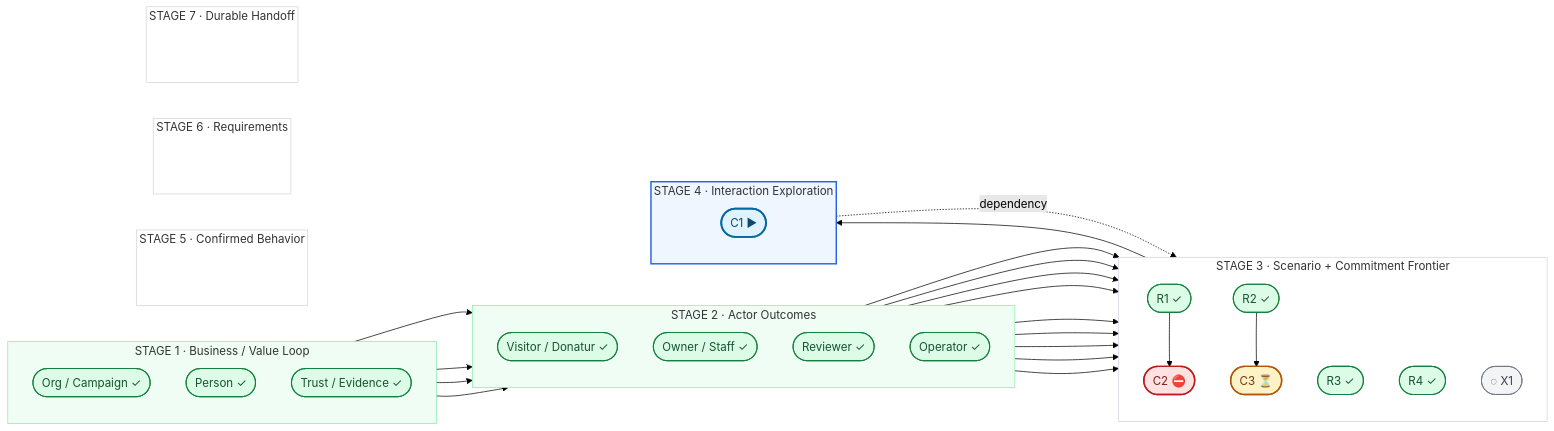
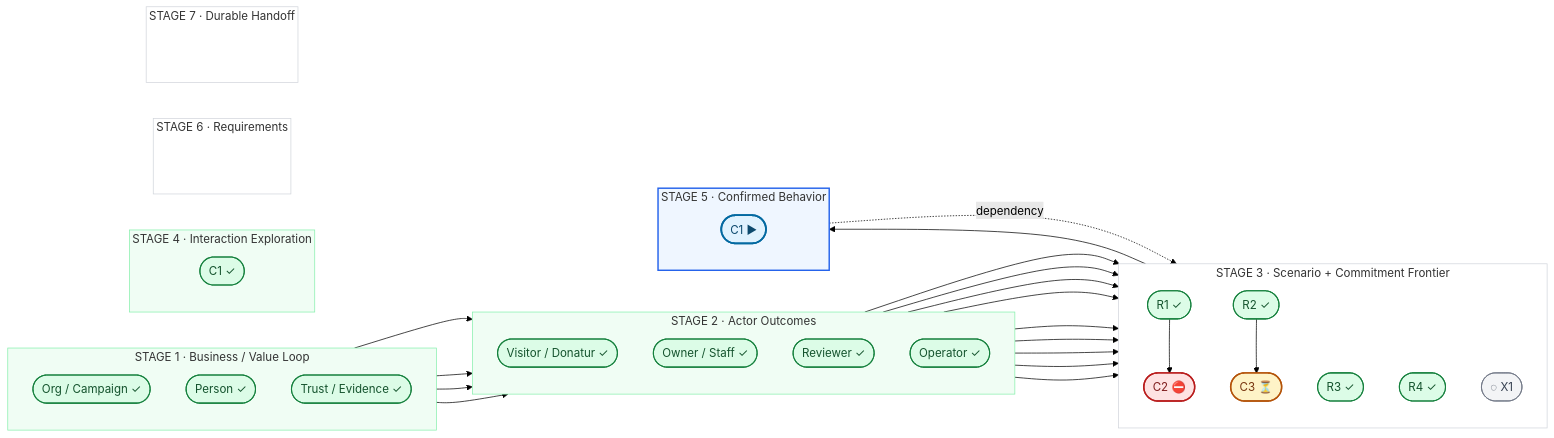
The diagram in docs/product/pilot-3-control-tower.md (anhsbolic/kencleng), drawn with Mermaid (forest theme) before and after one commit. The commit also changed other lines of this file, not shown here.

Commit message:
docs(product): move C1 into active Stage 5

````diff
--- a/docs/product/pilot-3-control-tower.md
+++ b/docs/product/pilot-3-control-tower.md
@@ -49,12 +49,12 @@
 
   subgraph S4["STAGE 4 · Interaction Exploration"]
     direction TB
-    C1(["C1 ▶"])
+    C1S4(["C1 ✓"])
   end
 
   subgraph S5["STAGE 5 · Confirmed Behavior"]
     direction TB
-    G5[" "]
+    C1(["C1 ▶"])
   end
 
   subgraph S6["STAGE 6 · Requirements"]
@@ -97,17 +97,18 @@
   classDef ghost fill:transparent,stroke:transparent,color:transparent;
 
   class V1,V2,V3,A1,A2,A3,A4,R1,R2,R3,R4 complete;
+  class C1S4 complete;
   class C1 active;
   class C2 blocked;
   class C3 waiting;
   class X1 probe;
-  class G5,G6,G7 ghost;
+  class G6,G7 ghost;
 
   style S1 fill:#f0fdf4,stroke:#86efac,stroke-width:1px
   style S2 fill:#f0fdf4,stroke:#86efac,stroke-width:1px
   style S3 fill:#ffffff,stroke:#d1d5db,stroke-width:1px
-  style S4 fill:#eff6ff,stroke:#2563eb,stroke-width:2px
-  style S5 fill:#ffffff,stroke:#d1d5db,stroke-width:1px
+  style S4 fill:#f0fdf4,stroke:#86efac,stroke-width:1px
+  style S5 fill:#eff6ff,stroke:#2563eb,stroke-width:2px
   style S6 fill:#ffffff,stroke:#d1d5db,stroke-width:1px
   style S7 fill:#ffffff,stroke:#d1d5db,stroke-width:1px
 ```
````
